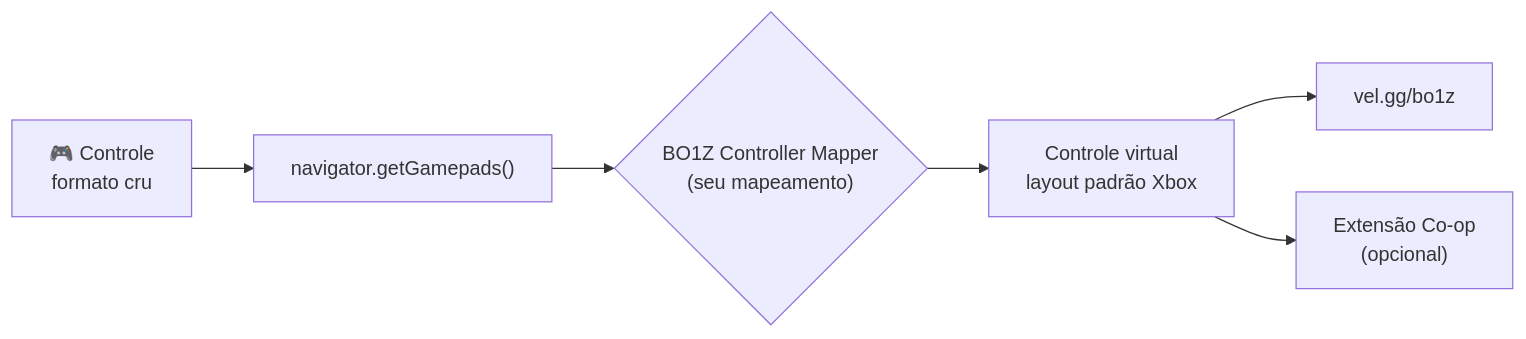
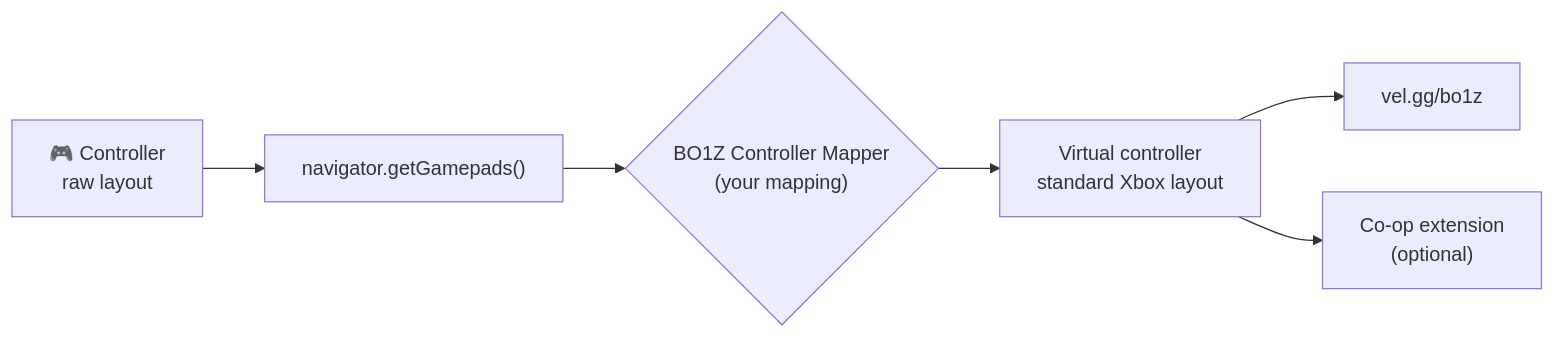
One commit to Rahal-Gabriel/bo1z-controller-mapper changed the diagram in README.md. Above: the diagram before and after it, drawn with Mermaid. The commit also changed other lines of this file, not shown here.

````diff
--- a/README.md
+++ b/README.md
@@ -83,8 +85,8 @@
 ```mermaid
 flowchart LR
-    A["🎮 Controle<br/>formato cru"] --> B["navigator.getGamepads()"]
-    B --> C{"BO1Z Controller Mapper<br/>(seu mapeamento)"}
-    C --> D["Controle virtual<br/>layout padrão Xbox"]
+    A["🎮 Controller<br/>raw layout"] --> B["navigator.getGamepads()"]
+    B --> C{"BO1Z Controller Mapper<br/>(your mapping)"}
+    C --> D["Virtual controller<br/>standard Xbox layout"]
     D --> E["vel.gg/bo1z"]
-    D --> F["Extensão Co-op<br/>(opcional)"]
+    D --> F["Co-op extension<br/>(optional)"]
 ```
````
